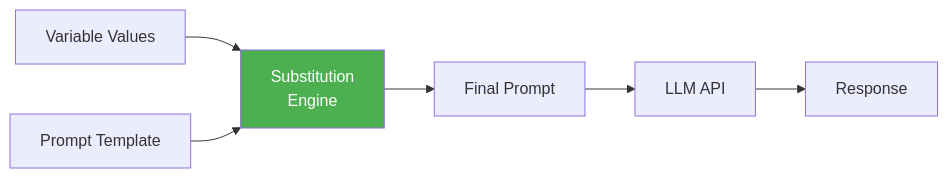
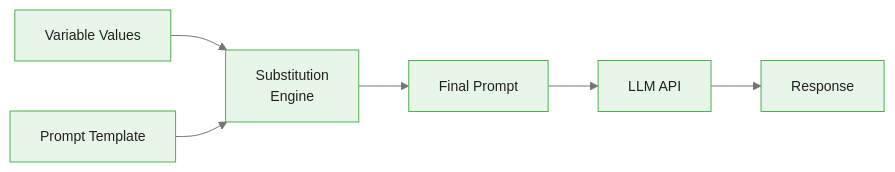
One commit to m-deane/course-creator changed the second of 5 diagrams in courses/dataiku-genai/modules/module_01_prompts/guides/02_template_variables_slides.md. Above: the diagram before and after it, drawn with Mermaid. The commit also changed other lines of this file and 54 other files, not shown here.

````diff
--- a/courses/dataiku-genai/modules/module_01_prompts/guides/02_template_variables_slides.md
+++ b/courses/dataiku-genai/modules/module_01_prompts/guides/02_template_variables_slides.md
@@ -138,10 +144,9 @@
 ```mermaid
+%%{init: {"theme": "base", "themeVariables": {"primaryColor": "#e8f5e9", "primaryBorderColor": "#4caf50", "primaryTextColor": "#212121", "secondaryColor": "#e3f2fd", "tertiaryColor": "#fff8e1", "lineColor": "#757575", "fontFamily": "Inter, sans-serif", "fontSize": "14px"}}}%%
 flowchart LR
     VAR[Variable Values] --> SUB[Substitution<br/>Engine]
     TPL[Prompt Template] --> SUB
     SUB --> PROMPT[Final Prompt]
     PROMPT --> LLM[LLM API]
     LLM --> OUT[Response]
-
-    style SUB fill:#4CAF50,color:#fff
 ```
````
